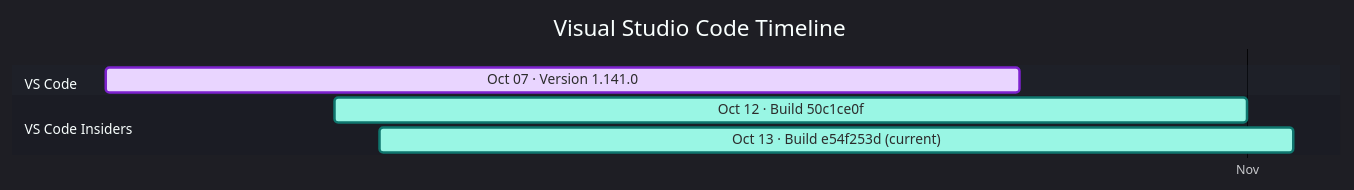
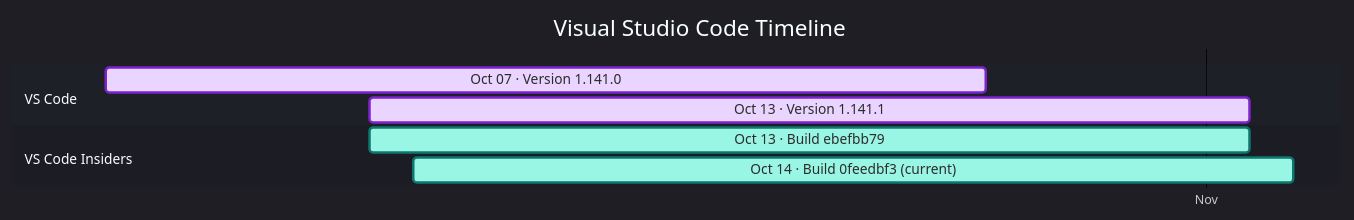
One commit to Oxelya-DevTools/VisualStudioUpdate changed the diagram in docs/vscode.md. Above: the diagram before and after it, drawn with Mermaid. The commit also changed other lines of this file and 3 other files, not shown here.

````diff
--- a/docs/vscode.md
+++ b/docs/vscode.md
@@ -9,13 +9,14 @@
 ```mermaid
 %%{init: {'theme':'dark','themeVariables': { 'fontFamily': 'Segoe UI', 'fontSize': '24px', 'textColor': '#F3F4F6', 'titleTextColor': '#FFFFFF', 'taskTextColor': '#111827', 'taskTextLightColor': '#111827', 'taskTextOutsideColor': '#F3F4F6', 'taskBkgColor': '#BAE6FD', 'taskBorderColor': '#0369A1', 'doneTaskBkgColor': '#E9D5FF', 'doneTaskBorderColor': '#7E22CE', 'activeTaskBkgColor': '#99F6E4', 'activeTaskBorderColor': '#0F766E', 'critTaskBkgColor': '#FED7AA', 'critTaskBorderColor': '#C2410C', 'sectionBkgColor': '#1F2937', 'altSectionBkgColor': '#111827', 'gridColor': '#4B5563', 'todayLineColor': '#F87171' }}}%%
 gantt
     title Visual Studio Code Timeline
     dateFormat  YYYY-MM-DD
     axisFormat  %b
     tickInterval 1month
     section VS Code
     Oct 07 · Version 1.141.0 : done, vscode202610070, 2026-10-07, 20d
+    Oct 13 · Version 1.141.1 : done, vscode202610131, 2026-10-13, 20d
     section VS Code Insiders
-    Oct 12 · Build 50c1ce0f : active, vscodeinsiders202610120, 2026-10-12, 20d
-    Oct 13 · Build e54f253d (current) : active, vscodeinsiders202610131, 2026-10-13, 20d
+    Oct 13 · Build ebefbb79 : active, vscodeinsiders202610130, 2026-10-13, 20d
+    Oct 14 · Build 0feedbf3 (current) : active, vscodeinsiders202610141, 2026-10-14, 20d
 ```
````
